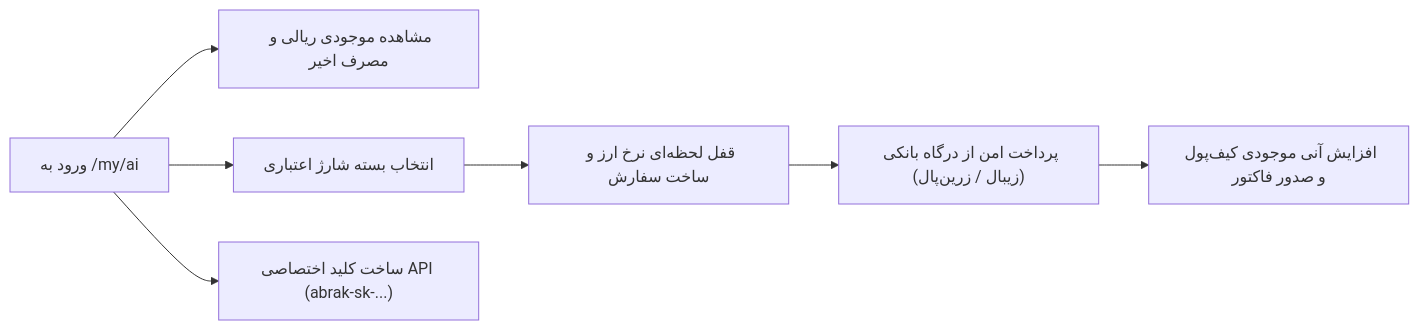
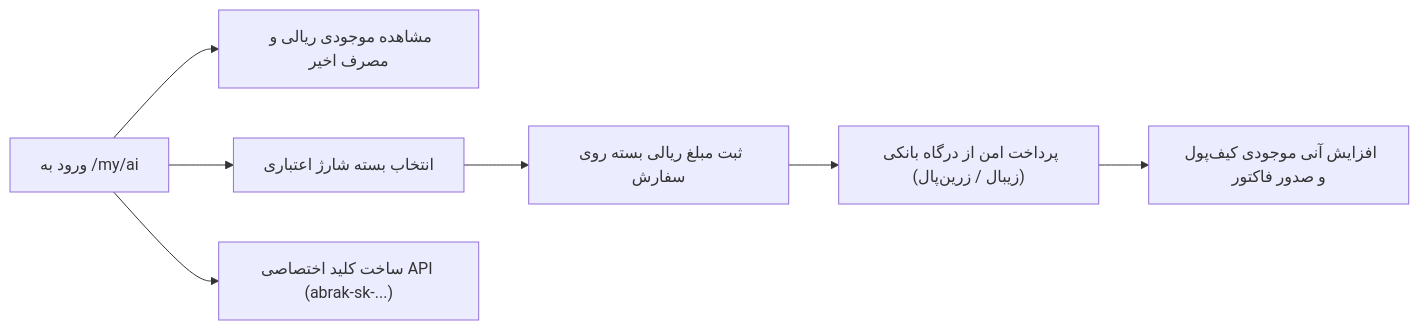
Before and after one commit to abrakorg/abrak-docs: the diagram in fa/ai-wallet.md, drawn with Mermaid. The commit also changed other lines of this file and 8 other files, not shown here.

````diff
--- a/fa/ai-wallet.md
+++ b/fa/ai-wallet.md
@@ -30,9 +30,9 @@
 ```mermaid
 flowchart LR
     A["ورود به /my/ai"] --> B["مشاهده موجودی ریالی و مصرف اخیر"]
     A --> C["انتخاب بسته شارژ اعتباری"]
-    C --> D["قفل لحظه‌ای نرخ ارز و ساخت سفارش"]
+    C --> D["ثبت مبلغ ریالی بسته روی سفارش"]
     D --> E["پرداخت امن از درگاه بانکی (زیبال / زرین‌پال)"]
     E --> F["افزایش آنی موجودی کیف‌پول و صدور فاکتور"]
     A --> G["ساخت کلید اختصاصی API (abrak-sk-...)"]
 ```
````
